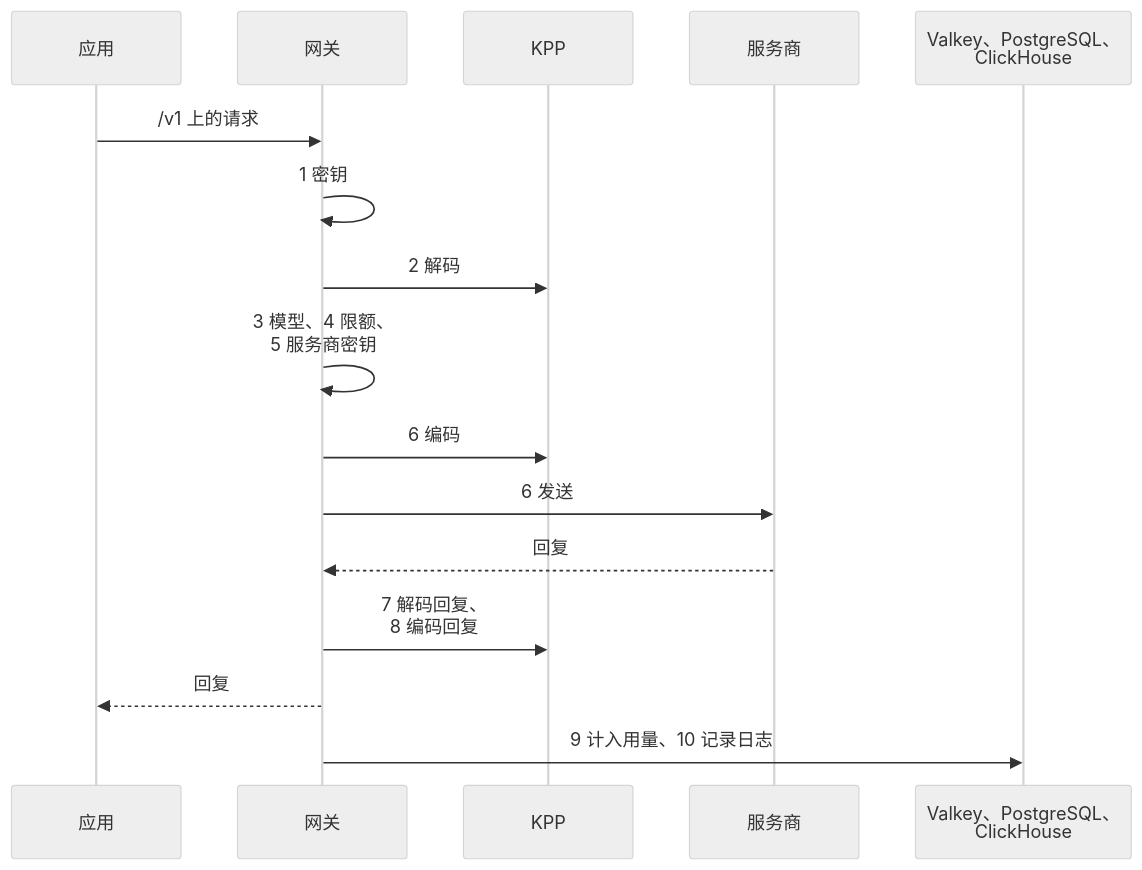
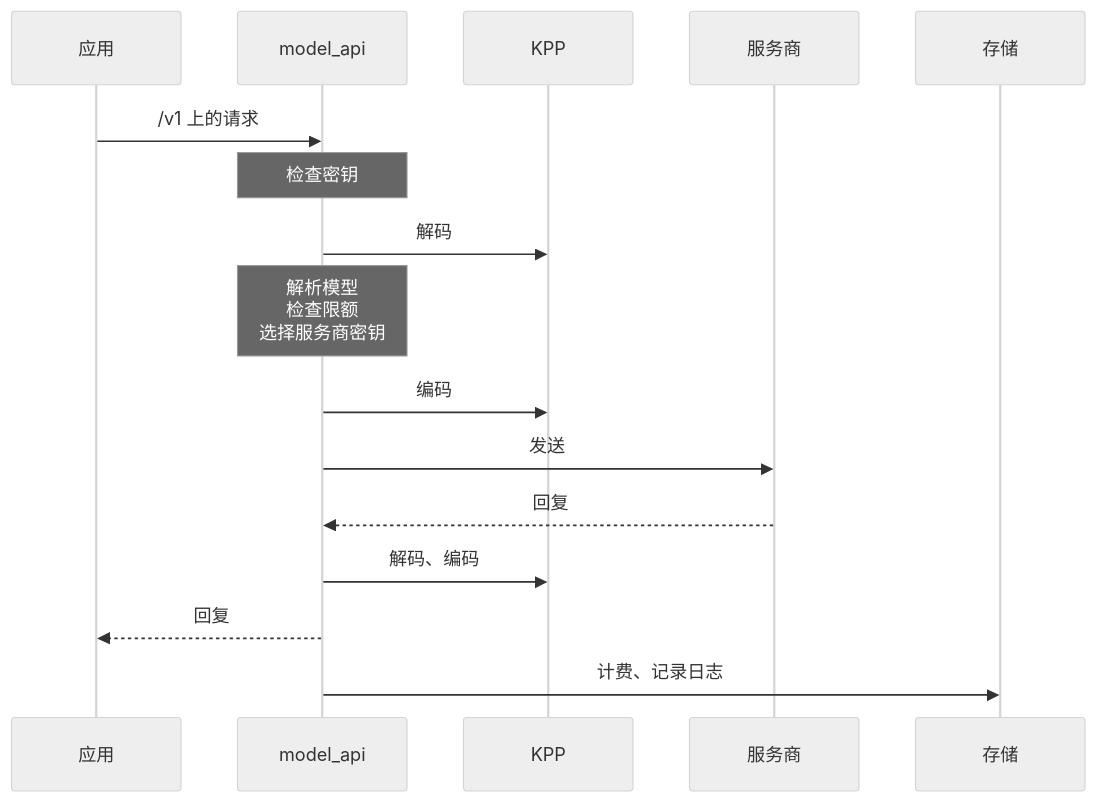
Before and after one commit to logicplanes/kaeso: the diagram in apps/docs/content/zh-CN/development/architecture/gateway.md, drawn with Mermaid (neutral theme). The commit also changed 89 other files, not shown here.

First line of the commit message:
Redraw the development pages' diagrams around what a contributor changes

````diff
--- a/apps/docs/content/zh-CN/development/architecture/gateway.md
+++ b/apps/docs/content/zh-CN/development/architecture/gateway.md
@@ -13,20 +13,20 @@
 ```mermaid
 sequenceDiagram
   accTitle: 模型 API 的请求路径
-  accDescr: 网关检查密钥，用 KPP 解码请求，解析模型，检查限额，选择服务商密钥，用 KPP 编码请求并发送。它用 KPP 解码回复并为应用编码，然后在 Valkey 和 PostgreSQL 中计入用量，并在 ClickHouse 中记录请求。
+  accDescr: 模型 API 检查密钥，用 KPP 解码请求，解析模型，检查限额，选择服务商密钥，用 KPP 编码请求并发送。它用 KPP 解码回复并为应用编码，作出回复，然后在 Valkey 和 PostgreSQL 中计入用量，并在 ClickHouse 中记录请求。
   participant App as 应用
-  participant Gateway as 网关
+  participant Gateway as model_api
   participant KPP
   participant Provider as 服务商
-  participant Stores as Valkey、PostgreSQL、<br>ClickHouse
+  participant Stores as 存储
   App->>Gateway: /v1 上的请求
-  Gateway->>Gateway: 1 密钥
-  Gateway->>KPP: 2 解码
-  Gateway->>Gateway: 3 模型、4 限额、<br>5 服务商密钥
-  Gateway->>KPP: 6 编码
-  Gateway->>Provider: 6 发送
+  Note over Gateway: 检查密钥
+  Gateway->>KPP: 解码
+  Note over Gateway: 解析模型<br>检查限额<br>选择服务商密钥
+  Gateway->>KPP: 编码
+  Gateway->>Provider: 发送
   Provider-->>Gateway: 回复
-  Gateway->>KPP: 7 解码回复、<br>8 编码回复
+  Gateway->>KPP: 解码、编码
   Gateway-->>App: 回复
-  Gateway->>Stores: 9 计入用量、10 记录日志
+  Gateway->>Stores: 计费、记录日志
 ```
````
